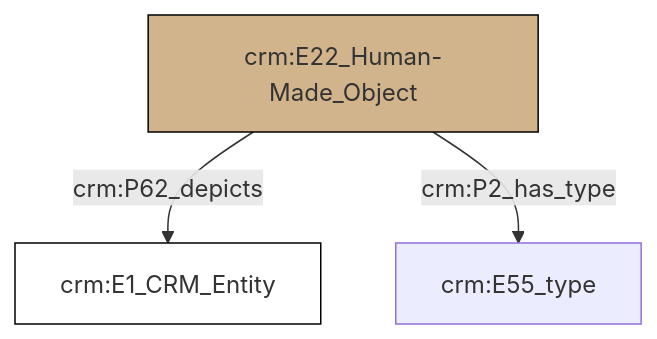
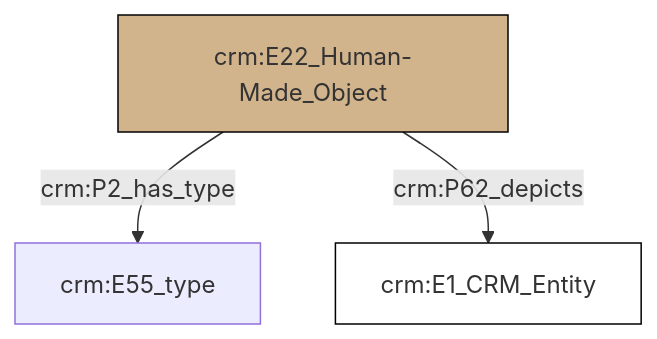
One commit to swiss-art-research-net/reference-data-models changed the diagram in et/builtWorkCSV/ttl/mmd/Built_Work_aboutness.ttl.mmd. Above: the diagram before and after it, drawn with Mermaid. The commit also changed 126 other files, not shown here.

```diff
--- a/et/builtWorkCSV/ttl/mmd/Built_Work_aboutness.ttl.mmd
+++ b/et/builtWorkCSV/ttl/mmd/Built_Work_aboutness.ttl.mmd
@@ -1,17 +1,17 @@
 graph TD
 classDef Literal fill:#f2f2f2,stroke:#000000;
 classDef CRM_Entity fill:#FFFFFF,stroke:#000000;
 classDef Temporal_Entity fill:#00C9E6, stroke:#000000;
 classDef Type fill:#E18312, stroke:#000000;
 classDef Time-Span fill:#2C9C91, stroke:#000000;
 classDef Appellation fill:#FFEB7F, stroke:#000000;
 classDef Place fill:#008836, stroke:#000000;
 classDef Persistent_Item fill:#B266B2, stroke:#000000;
 classDef Conceptual_Object fill:#FFD700, stroke:#000000;
 classDef Physical_Thing fill:#D2B48C, stroke:#000000;
 classDef Actor fill:#f58aad, stroke:#000000;
 classDef PC_Classes fill:#4ce600, stroke:#000000;
 classDef Multi fill:#cccccc,stroke:#000000;
 
-0["crm:E22_Human-Made_Object"]:::Physical_Thing -->|crm:P62_depicts| 4["crm:E1_CRM_Entity"]:::CRM_Entity
-0["crm:E22_Human-Made_Object"]:::Physical_Thing -->|crm:P2_has_type| 2["crm:E55_type"]:::Default
+2["crm:E22_Human-Made_Object"]:::Physical_Thing -->|crm:P2_has_type| 0["crm:E55_type"]:::Default
+2["crm:E22_Human-Made_Object"]:::Physical_Thing -->|crm:P62_depicts| 4["crm:E1_CRM_Entity"]:::CRM_Entity
```
